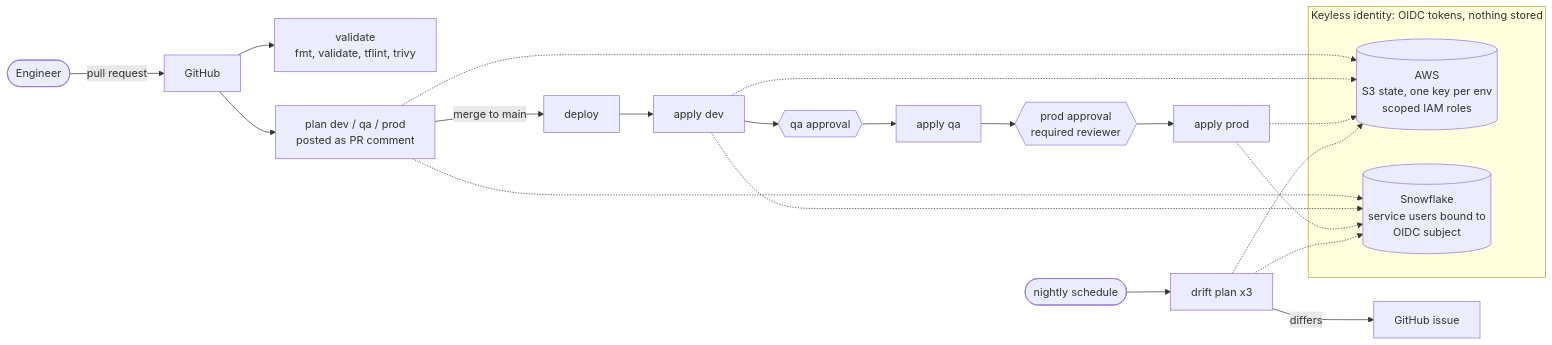
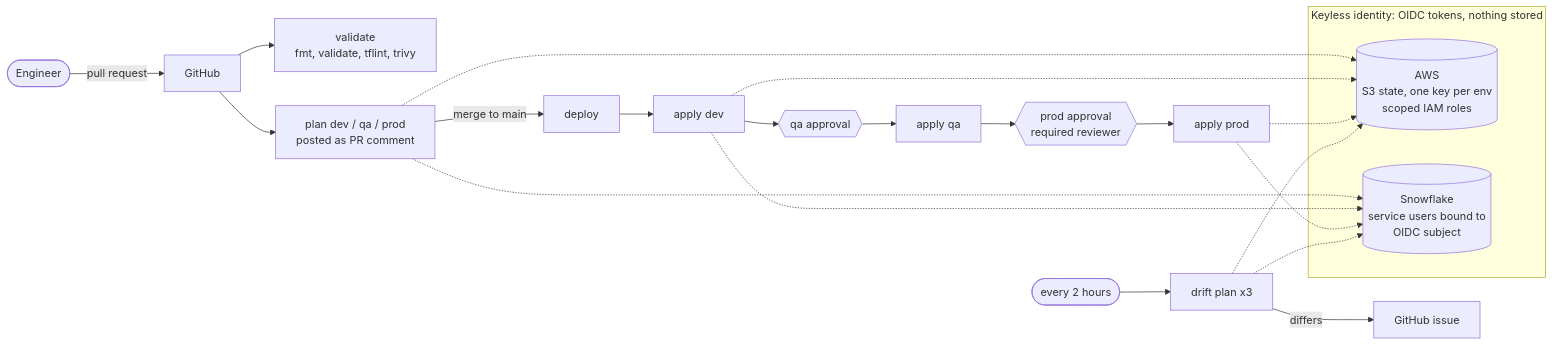
One commit to eltelemaco/snowflake-platform-iac changed the diagram in README.md. Above: the diagram before and after it, drawn with Mermaid. The commit also changed other lines of this file and 1 other file, not shown here.

First line of the commit message:
Drift detection every 2 hours, with a guard, concurrency and change-only comments (#31)

````diff
--- a/README.md
+++ b/README.md
@@ -44,28 +44,28 @@
 ```mermaid
 flowchart LR
   dev([Engineer]) -- pull request --> gh[GitHub]
   gh --> val["validate<br/>fmt, validate, tflint, trivy"]
   gh --> plan["plan dev / qa / prod<br/>posted as PR comment"]
   plan -- merge to main --> dep[deploy]
   dep --> ad["apply dev"]
   ad --> gq{{"qa approval"}} --> aq[apply qa]
   aq --> gate{{"prod approval<br/>required reviewer"}}
   gate --> ap[apply prod]
 
   subgraph identity["Keyless identity: OIDC tokens, nothing stored"]
     aws[("AWS<br/>S3 state, one key per env<br/>scoped IAM roles")]
     sf[("Snowflake<br/>service users bound to<br/>OIDC subject")]
   end
 
   plan -.-> aws
   plan -.-> sf
   ad -.-> aws
   ad -.-> sf
   ap -.-> aws
   ap -.-> sf
 
-  cron([nightly schedule]) --> drift[drift plan x3]
+  cron([every 2 hours]) --> drift[drift plan x3]
   drift -.-> aws
   drift -.-> sf
   drift -- differs --> issue[GitHub issue]
 ```
````
